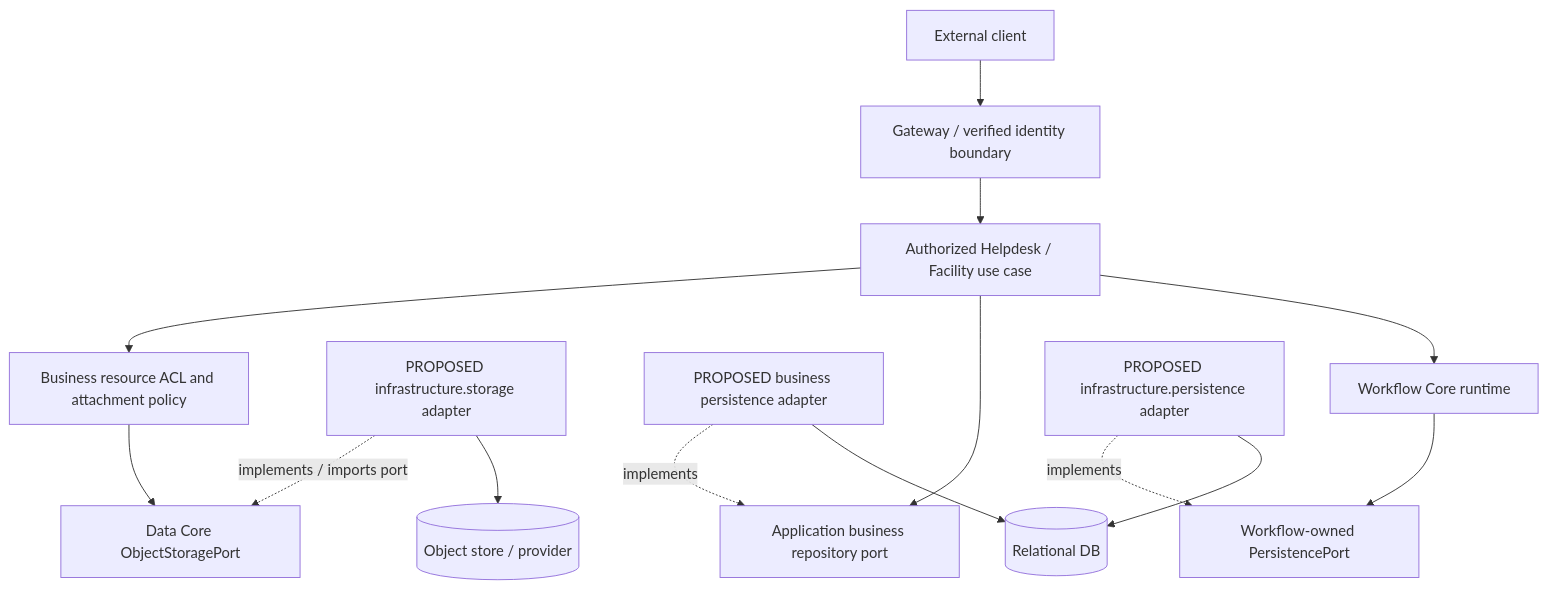
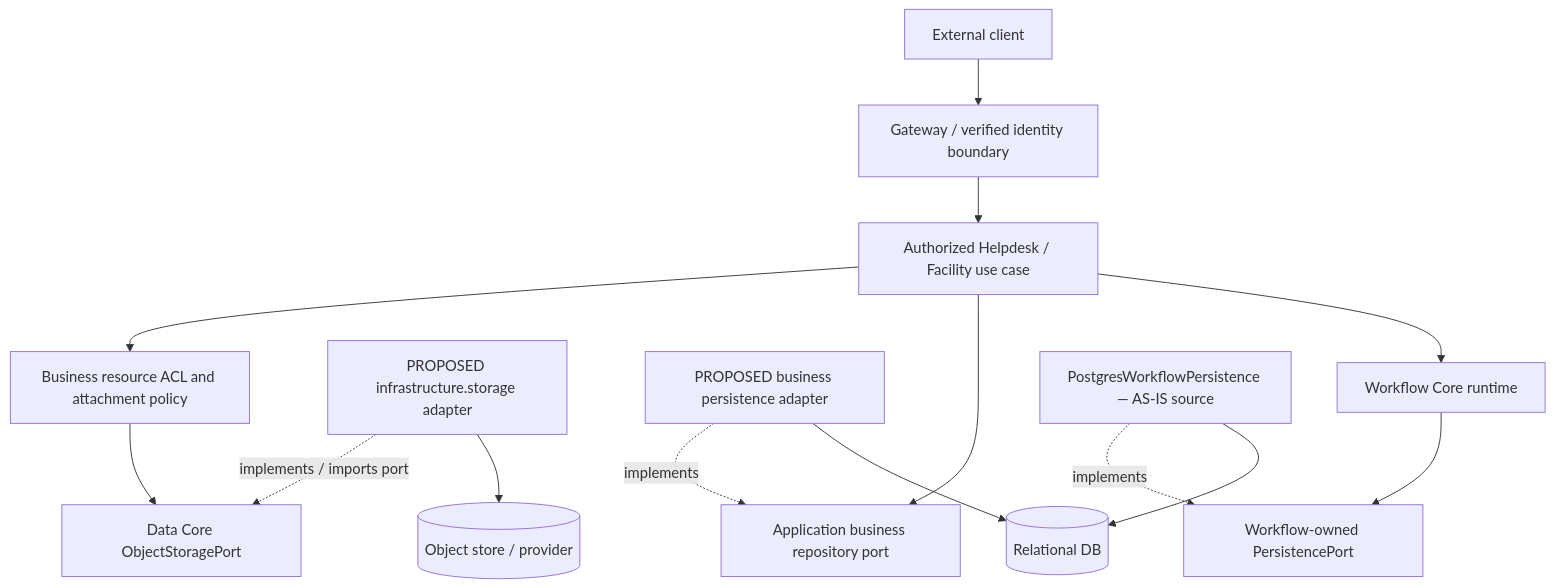
The first of 3 diagrams in docs/02-core/data/architecture.md (lexuanbao258-collab/dxos-open-core), drawn with Mermaid before and after one commit. The commit also changed other lines of this file and 7 other files, not shown here.

````diff
--- a/docs/02-core/data/architecture.md
+++ b/docs/02-core/data/architecture.md
@@ -33,16 +35,16 @@
 ```mermaid
 flowchart TD
   EXT[External client] --> G[Gateway / verified identity boundary]
   G --> APP[Authorized Helpdesk / Facility use case]
   APP --> ACL[Business resource ACL and attachment policy]
   ACL --> PORT[Data Core ObjectStoragePort]
   ADAPT[PROPOSED infrastructure.storage adapter] -. implements / imports port .-> PORT
   ADAPT --> OBJ[(Object store / provider)]
   APP --> BUS[Application business repository port]
   BADAPT[PROPOSED business persistence adapter] -. implements .-> BUS
   BADAPT --> SQL[(Relational DB)]
   APP --> WF[Workflow Core runtime]
   WF --> WP[Workflow-owned PersistencePort]
-  WADAPT[PROPOSED infrastructure.persistence adapter] -. implements .-> WP
+  WADAPT[PostgresWorkflowPersistence — AS-IS source] -. implements .-> WP
   WADAPT --> SQL
 ```
````
